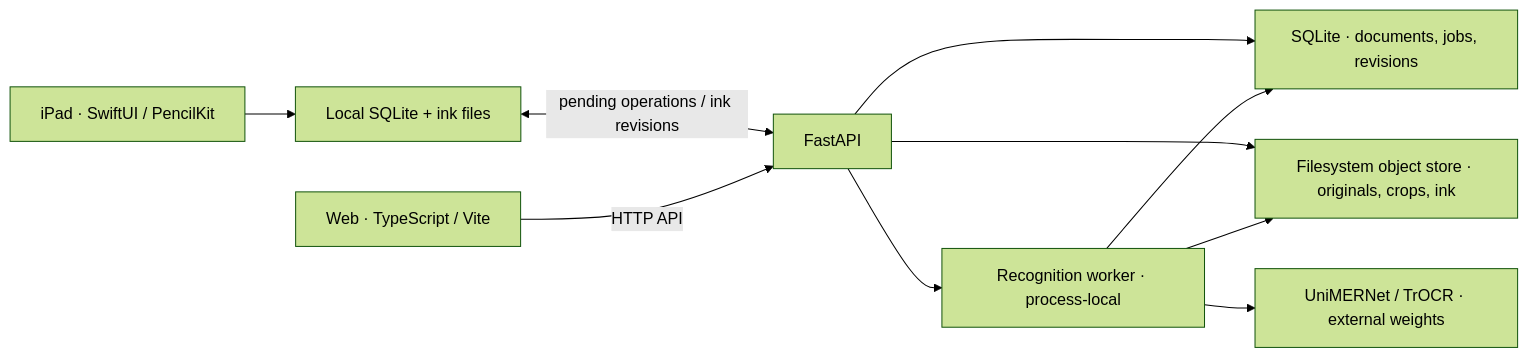
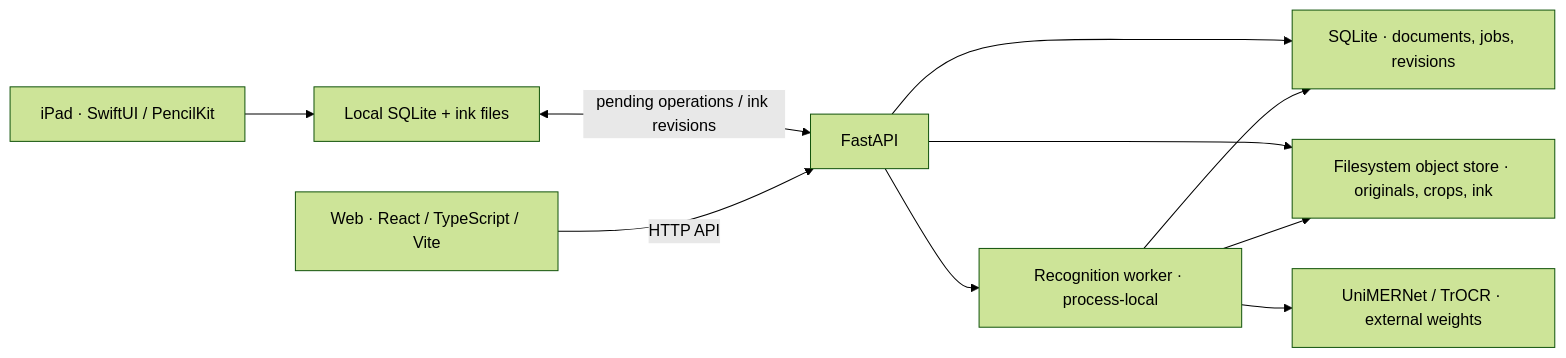
The diagram in README.md (owenyang2/Handwritten-Notes-Digitizer), drawn with Mermaid (forest theme) before and after one commit. The commit also changed other lines of this file and 32 other files, not shown here.

````diff
--- a/README.md
+++ b/README.md
@@ -55,12 +58,12 @@
 ```mermaid
 flowchart LR
     iPad["iPad · SwiftUI / PencilKit"] --> local["Local SQLite + ink files"]
     local <-->|"pending operations / ink revisions"| api["FastAPI"]
-    web["Web · TypeScript / Vite"] -->|"HTTP API"| api
+    web["Web · React / TypeScript / Vite"] -->|"HTTP API"| api
     api --> db["SQLite · documents, jobs, revisions"]
     api --> store["Filesystem object store · originals, crops, ink"]
     api --> worker["Recognition worker · process-local"]
     worker --> db
     worker --> store
     worker --> models["UniMERNet / TrOCR · external weights"]
 ```
````
